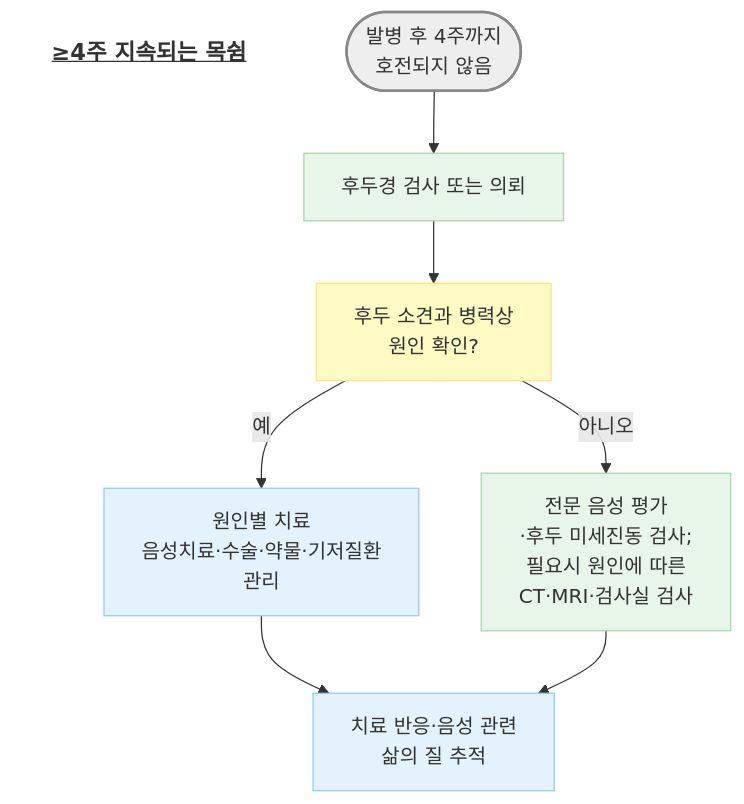
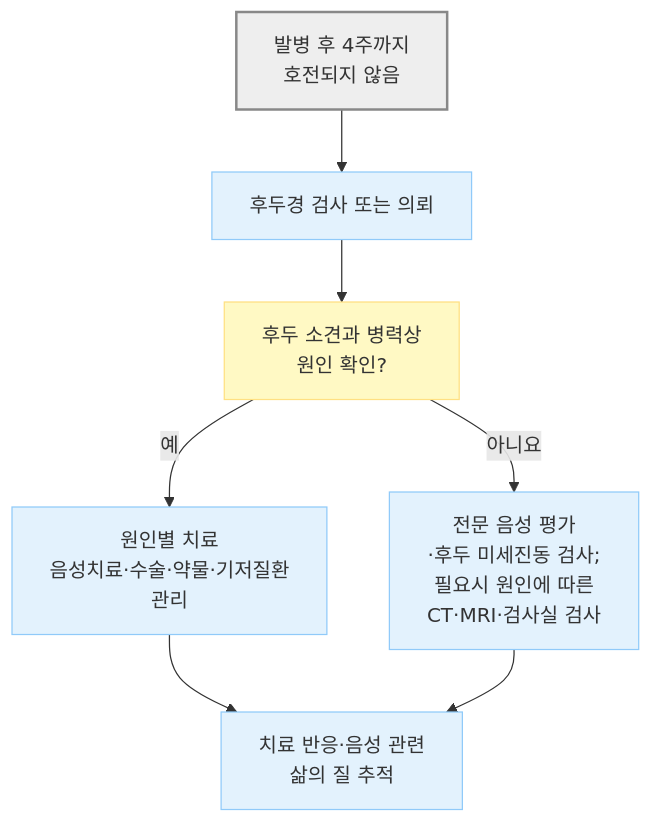
One commit to familyoh77/familyoh77 changed the second of 2 diagrams in 222_/058_-hoarseness.md. Above: the diagram before and after it, drawn with Mermaid. The commit also changed other lines of this file and 13 other files, not shown here.

````diff
--- a/222_/058_-hoarseness.md
+++ b/222_/058_-hoarseness.md
@@ -159,20 +160,17 @@
 ```mermaid
 graph TD
-    Title["<b><u>≥4주 지속되는 목쉼</u></b>"]
-    style Title fill:none,stroke:none,font-size:18px
-    Start(["발병 후 4주까지 <br/>호전되지 않음"])
+    Start["발병 후 4주까지 <br/>호전되지 않음"]
     Start --> L["후두경 검사 또는 의뢰"]
     L --> Q["후두 소견과 병력상<br/>원인 확인?"]
-    Q -- 예 --> T["원인별 치료<br/>음성치료·수술·약물·기저질환 <br/>관리"]
-    Q -- 아니오 --> W["전문 음성 평가<br/>·후두 미세진동 검사;<br/>필요시 원인에 따른 <br/>CT·MRI·검사실 검사"]
+    Q -- "예" --> T["원인별 치료<br/>음성치료·수술·약물·기저질환 <br/>관리"]
+    Q -- "아니요" --> W["전문 음성 평가<br/>·후두 미세진동 검사;<br/>필요시 원인에 따른 <br/>CT·MRI·검사실 검사"]
     T --> F["치료 반응·음성 관련<br/>삶의 질 추적"]
     W --> F
-    classDef start fill:#eeeeee,stroke:#888888,stroke-width:2px;
+    classDef start fill:#eee,stroke:#888,stroke-width:2px;
     classDef question fill:#fff9c4,stroke:#ffe082;
     classDef blue fill:#E3F2FD,stroke:#90CAF9;
-    classDef green fill:#E8F5E9,stroke:#A5D6A7;
     class Start start;
     class Q question;
     class T,F blue;
-    class L,W green;
+    class L,W blue;
 ```
````
